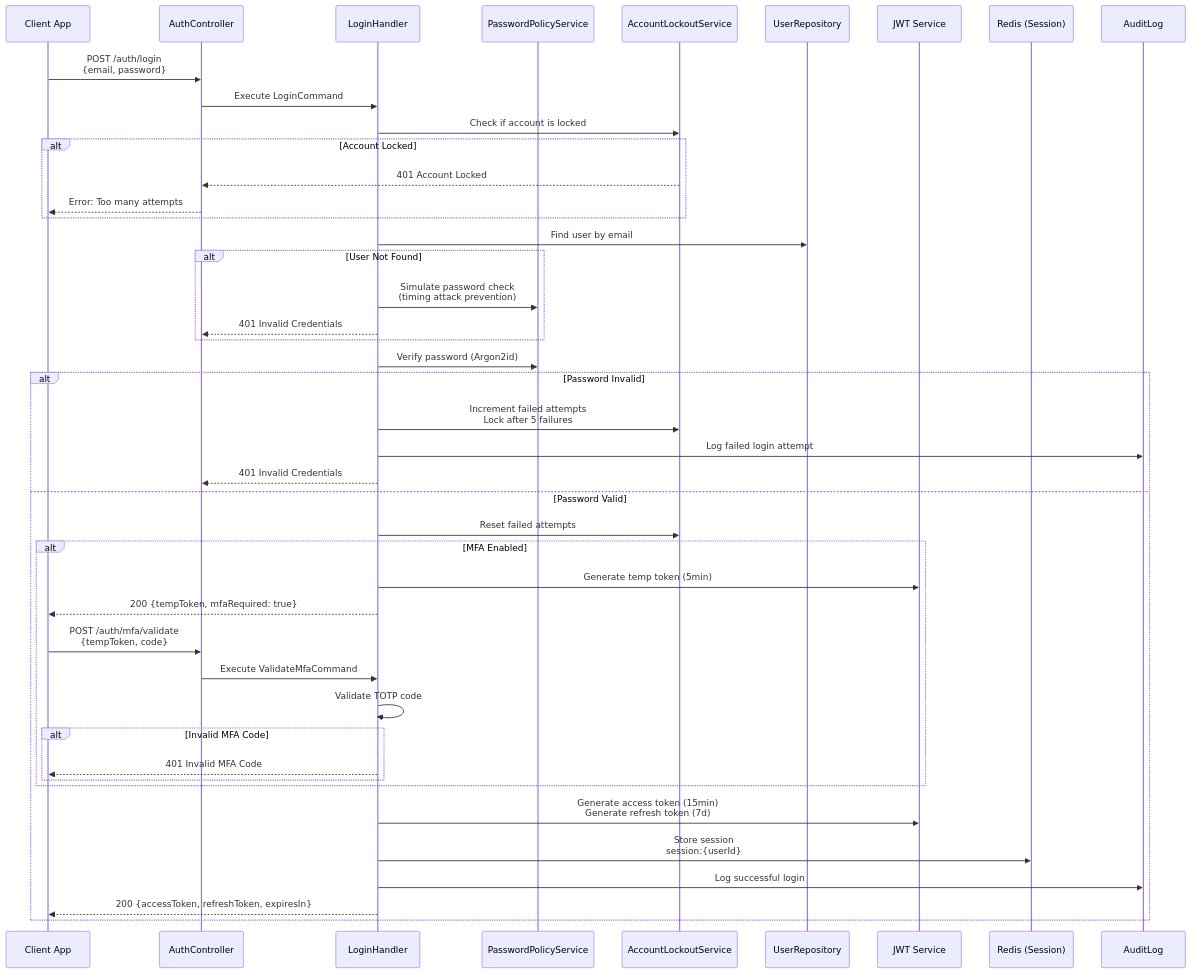
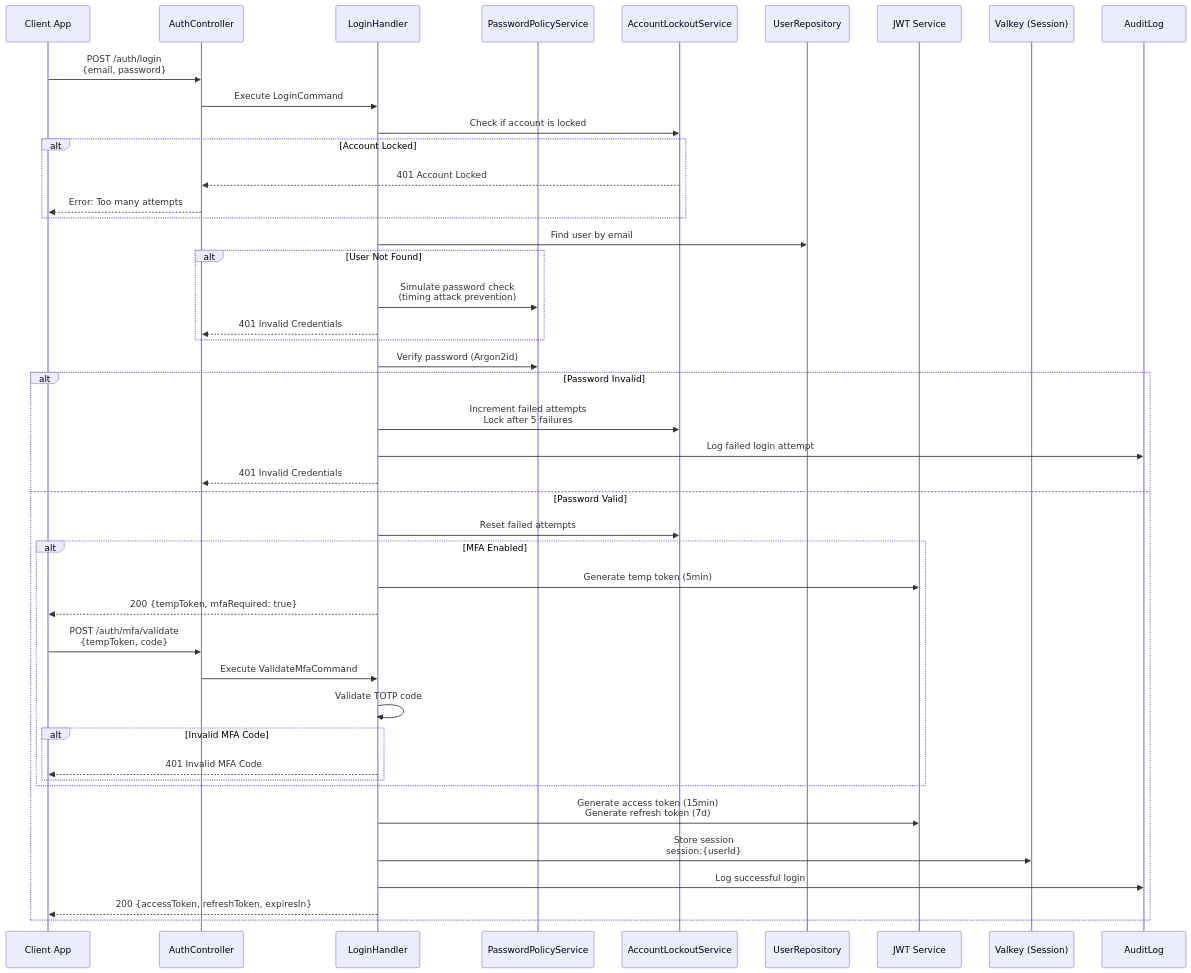
Before and after one commit to telemetryflow/telemetryflow-overview: the third of 9 diagrams in backend/modules/200-auth.md, drawn with Mermaid. The commit also changed other lines of this file and 23 other files, not shown here.

First line of the commit message:
docs: relabel Redis->Valkey in architecture/diagrams/prose (follow-up sweep)

````diff
--- a/backend/modules/200-auth.md
+++ b/backend/modules/200-auth.md
@@ -102,54 +102,54 @@
 ```mermaid
 sequenceDiagram
     participant Client as Client App
     participant API as AuthController
     participant Handler as LoginHandler
     participant Policy as PasswordPolicyService
     participant Lockout as AccountLockoutService
     participant User as UserRepository
     participant JWT as JWT Service
-    participant Redis as Redis (Session)
+    participant Valkey as Valkey (Session)
     participant Audit as AuditLog
 
     Client->>API: POST /auth/login<br/>{email, password}
     API->>Handler: Execute LoginCommand
 
     Handler->>Lockout: Check if account is locked
     alt Account Locked
         Lockout-->>API: 401 Account Locked
         API-->>Client: Error: Too many attempts
     end
 
     Handler->>User: Find user by email
     alt User Not Found
         Handler->>Policy: Simulate password check<br/>(timing attack prevention)
         Handler-->>API: 401 Invalid Credentials
     end
 
     Handler->>Policy: Verify password (Argon2id)
     alt Password Invalid
         Handler->>Lockout: Increment failed attempts<br/>Lock after 5 failures
         Handler->>Audit: Log failed login attempt
         Handler-->>API: 401 Invalid Credentials
     else Password Valid
         Handler->>Lockout: Reset failed attempts
 
         alt MFA Enabled
             Handler->>JWT: Generate temp token (5min)
             Handler-->>Client: 200 {tempToken, mfaRequired: true}
 
             Client->>API: POST /auth/mfa/validate<br/>{tempToken, code}
             API->>Handler: Execute ValidateMfaCommand
             Handler->>Handler: Validate TOTP code
 
             alt Invalid MFA Code
                 Handler-->>Client: 401 Invalid MFA Code
             end
         end
 
         Handler->>JWT: Generate access token (15min)<br/>Generate refresh token (7d)
-        Handler->>Redis: Store session<br/>session:{userId}
+        Handler->>Valkey: Store session<br/>session:{userId}
         Handler->>Audit: Log successful login
         Handler-->>Client: 200 {accessToken, refreshToken, expiresIn}
     end
 ```
````
